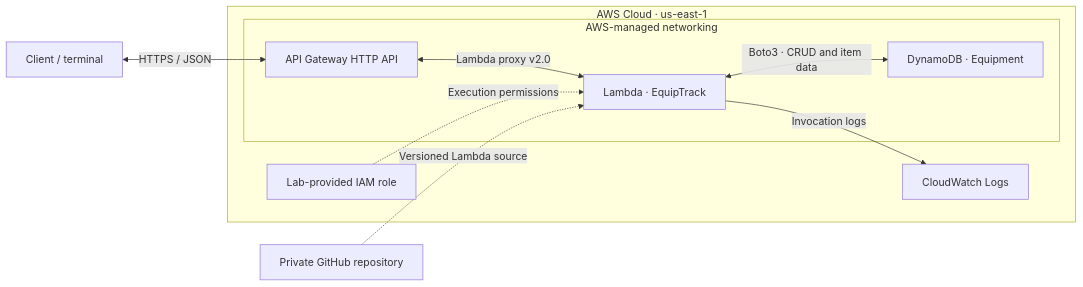
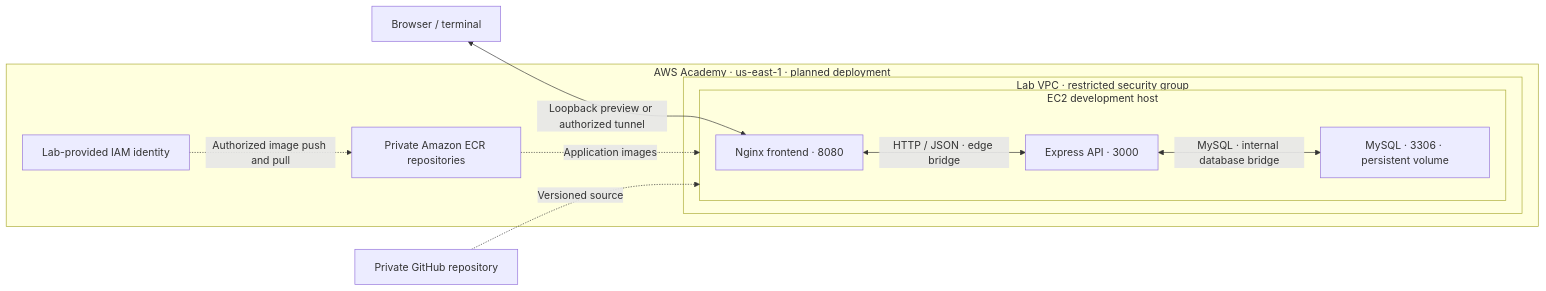
Before and after one commit to nastarynaz/equiptrack-aws: the diagram in docs/architecture.md, drawn with Mermaid. The commit also changed other lines of this file and 3 other files, not shown here.

Commit message:
docs: document Track B architecture and deployment

````diff
--- a/docs/architecture.md
+++ b/docs/architecture.md
@@ -5,19 +5,21 @@
 ```mermaid
 flowchart LR
-    client["Client / terminal"]
-    subgraph aws["AWS Cloud · us-east-1"]
-        subgraph managed["AWS-managed networking"]
-            api["API Gateway HTTP API"]
-            fn["Lambda · EquipTrack"]
-            db["DynamoDB · Equipment"]
-            api <-->|"Lambda proxy v2.0"| fn
-            fn <-->|"Boto3 · CRUD and item data"| db
+    client["Browser / terminal"]
+    subgraph aws["AWS Academy · us-east-1 · planned deployment"]
+        subgraph vpc["Lab VPC · restricted security group"]
+            subgraph host["EC2 development host"]
+                frontend["Nginx frontend · 8080"]
+                backend["Express API · 3000"]
+                db["MySQL · 3306 · persistent volume"]
+                frontend <-->|"HTTP / JSON · edge bridge"| backend
+                backend <-->|"MySQL · internal database bridge"| db
+            end
         end
-        iam["Lab-provided IAM role"]
-        logs["CloudWatch Logs"]
-        iam -. "Execution permissions" .-> fn
-        fn -->|"Invocation logs"| logs
+        profile["Lab-provided IAM identity"]
+        registry["Private Amazon ECR repositories"]
+        profile -. "Authorized image push and pull" .-> registry
+        registry -. "Application images" .-> host
     end
-    client <-->|"HTTPS / JSON"| api
-    repo["Private GitHub repository"] -. "Versioned Lambda source" .-> fn
+    client <-->|"Loopback preview or authorized tunnel"| frontend
+    repo["Private GitHub repository"] -. "Versioned source" .-> host
 ```
````
